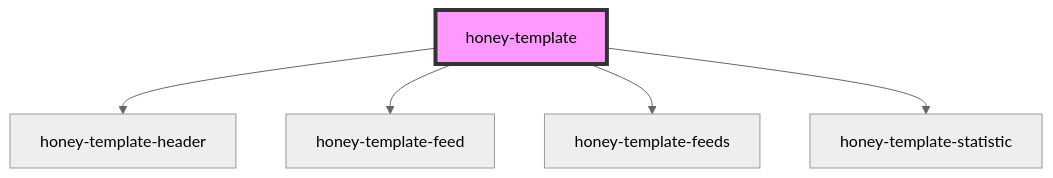
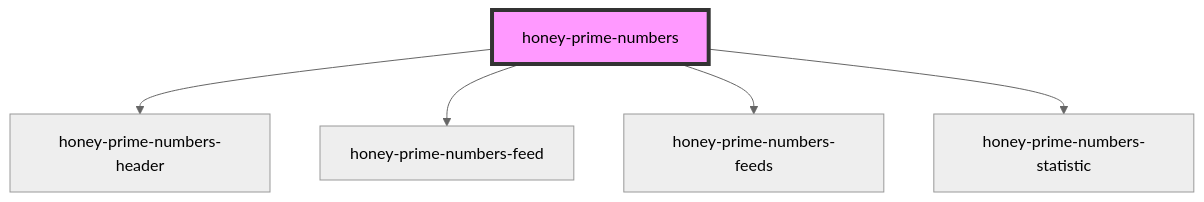
Before and after one commit to Huluvu424242/honey-prime-numbers: the diagram in src/components/honey-news/readme.md, drawn with Mermaid (neutral theme). The commit also changed other lines of this file and 23 other files, not shown here.

````diff
--- a/src/components/honey-news/readme.md
+++ b/src/components/honey-news/readme.md
@@ -27,8 +27,8 @@
 ```mermaid
 graph TD;
-  honey-template --> honey-template-header
-  honey-template --> honey-template-feed
-  honey-template --> honey-template-feeds
-  honey-template --> honey-template-statistic
-  style honey-template fill:#f9f,stroke:#333,stroke-width:4px
+  honey-prime-numbers --> honey-prime-numbers-header
+  honey-prime-numbers --> honey-prime-numbers-feed
+  honey-prime-numbers --> honey-prime-numbers-feeds
+  honey-prime-numbers --> honey-prime-numbers-statistic
+  style honey-prime-numbers fill:#f9f,stroke:#333,stroke-width:4px
 ```
````
